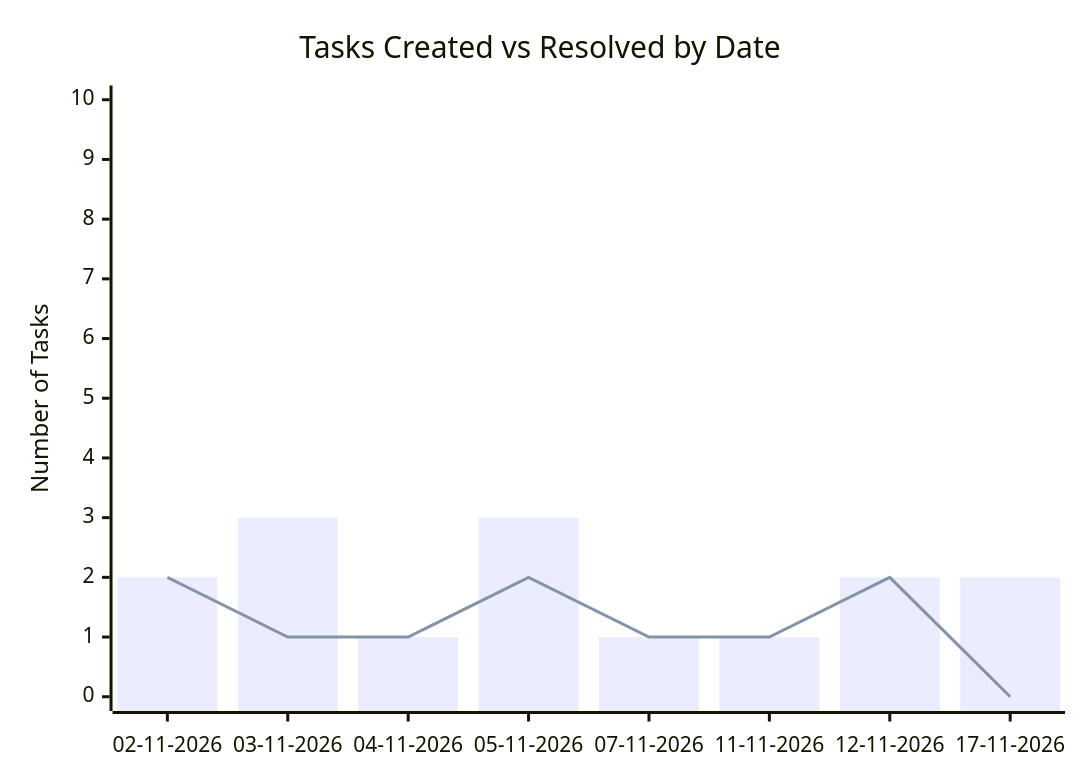
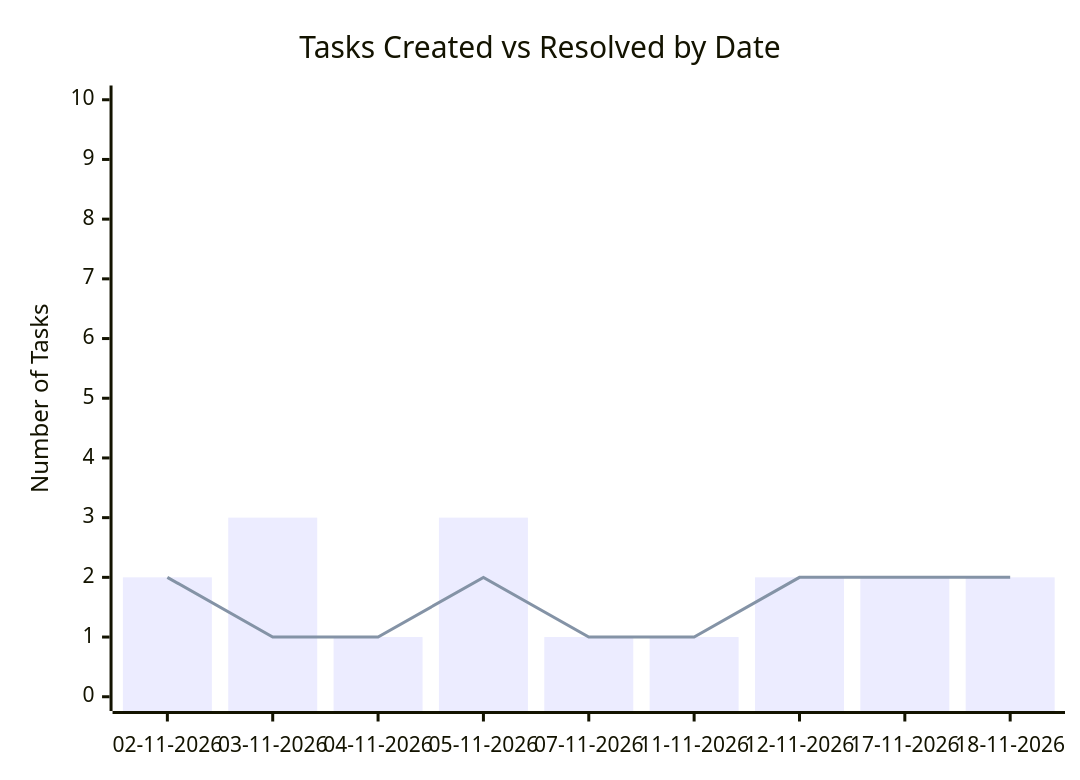
Before and after one commit to sagarms97/MyWorkDairy: the second of 2 diagrams in KUD/Analytics.md, drawn with Mermaid. The commit also changed other lines of this file and 7 other files, not shown here.

````diff
--- a/KUD/Analytics.md
+++ b/KUD/Analytics.md
@@ -31,8 +32,8 @@
 ```mermaid
 xychart-beta
     title "Tasks Created vs Resolved by Date"
-    x-axis ["02-11-2026", "03-11-2026", "04-11-2026", "05-11-2026", "07-11-2026", "11-11-2026", "12-11-2026", "17-11-2026"]
+    x-axis ["02-11-2026", "03-11-2026", "04-11-2026", "05-11-2026", "07-11-2026", "11-11-2026", "12-11-2026", "17-11-2026", "18-11-2026"]
     y-axis "Number of Tasks" 0 --> 10
-    bar [2, 3, 1, 3, 1, 1, 2, 2]
-    line [2, 1, 1, 2, 1, 1, 2, 0]
+    bar [2, 3, 1, 3, 1, 1, 2, 2, 2]
+    line [2, 1, 1, 2, 1, 1, 2, 2, 2]
 ```
````
